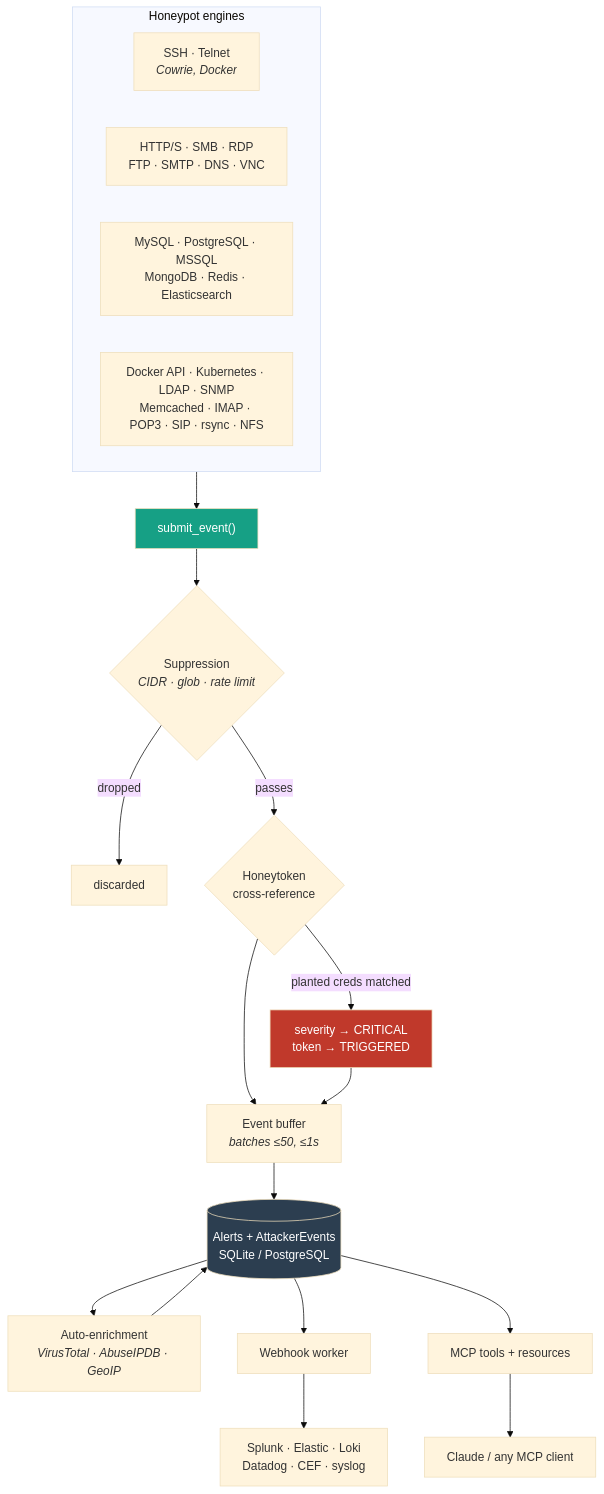
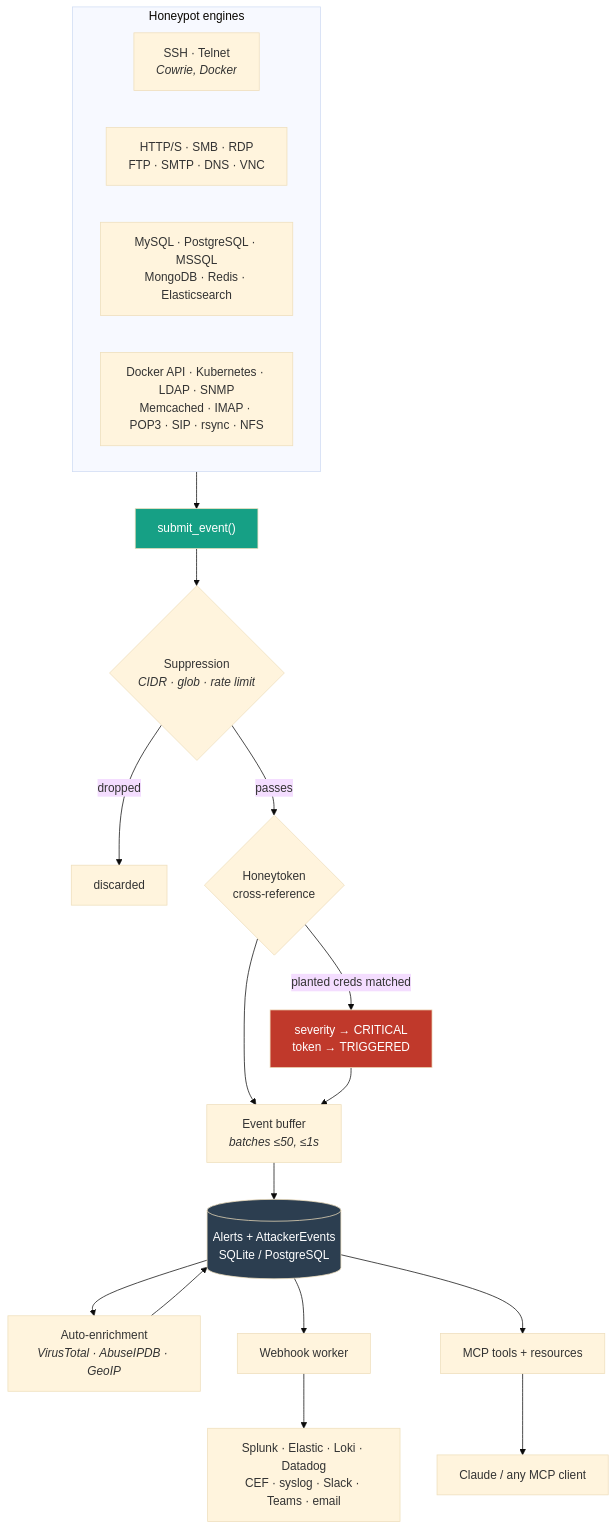
The diagram in README.md (tohudgins/HoneyPot-MCP), drawn with Mermaid (base theme) before and after one commit. The commit also changed other lines of this file and 3 other files, not shown here.

````diff
--- a/README.md
+++ b/README.md
@@ -88,29 +88,29 @@
 ```mermaid
 flowchart TD
     subgraph E["Honeypot engines"]
         direction LR
         E1["SSH · Telnet<br/><i>Cowrie, Docker</i>"]
         E2["HTTP/S · SMB · RDP<br/>FTP · SMTP · DNS · VNC"]
         E3["MySQL · PostgreSQL · MSSQL<br/>MongoDB · Redis · Elasticsearch"]
         E4["Docker API · Kubernetes · LDAP · SNMP<br/>Memcached · IMAP · POP3 · SIP · rsync · NFS"]
     end
 
     E --> SUB["submit_event()"]
     SUB --> SUP{"Suppression<br/><i>CIDR · glob · rate limit</i>"}
     SUP -->|dropped| X["discarded"]
     SUP -->|passes| CM{"Honeytoken<br/>cross-reference"}
     CM -->|planted creds matched| CRIT["severity → CRITICAL<br/>token → TRIGGERED"]
     CM --> BUF["Event buffer<br/><i>batches ≤50, ≤1s</i>"]
     CRIT --> BUF
     BUF --> DB[("Alerts + AttackerEvents<br/>SQLite / PostgreSQL")]
     DB --> ENR["Auto-enrichment<br/><i>VirusTotal · AbuseIPDB · GeoIP</i>"]
     ENR --> DB
     DB --> WH["Webhook worker"]
-    WH --> SIEM["Splunk · Elastic · Loki<br/>Datadog · CEF · syslog"]
+    WH --> SIEM["Splunk · Elastic · Loki · Datadog<br/>CEF · syslog · Slack · Teams · email"]
     DB --> MCP["MCP tools + resources"]
     MCP --> CLIENT["Claude / any MCP client"]
 
     style CRIT fill:#c0392b,color:#fff
     style DB fill:#2c3e50,color:#fff
     style SUB fill:#16a085,color:#fff
 ```
````
